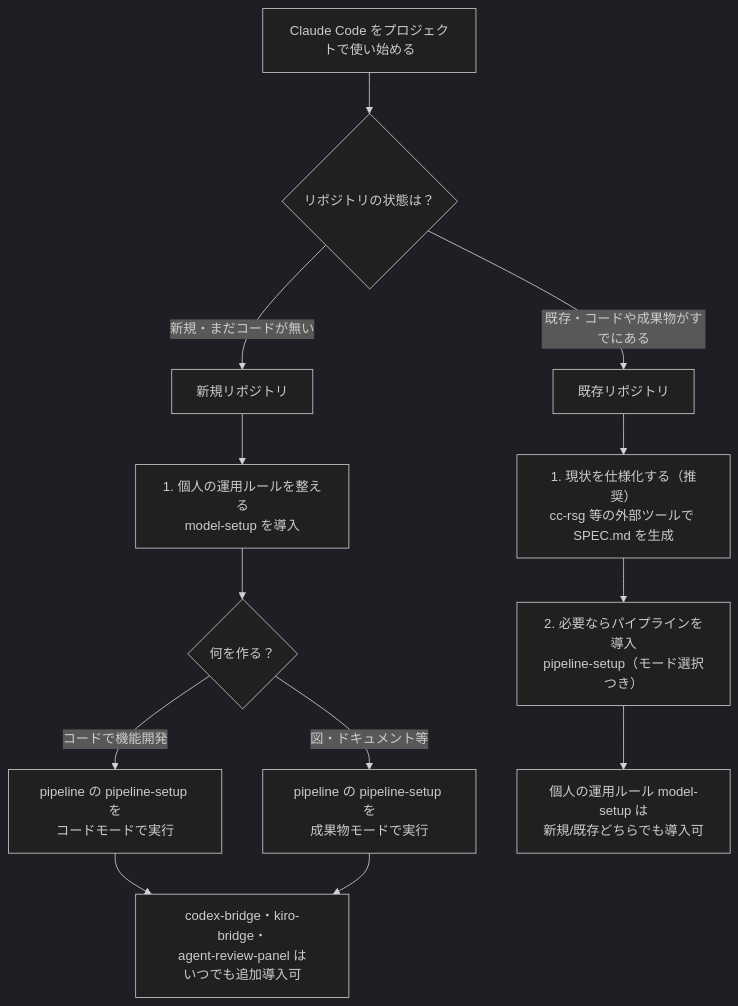
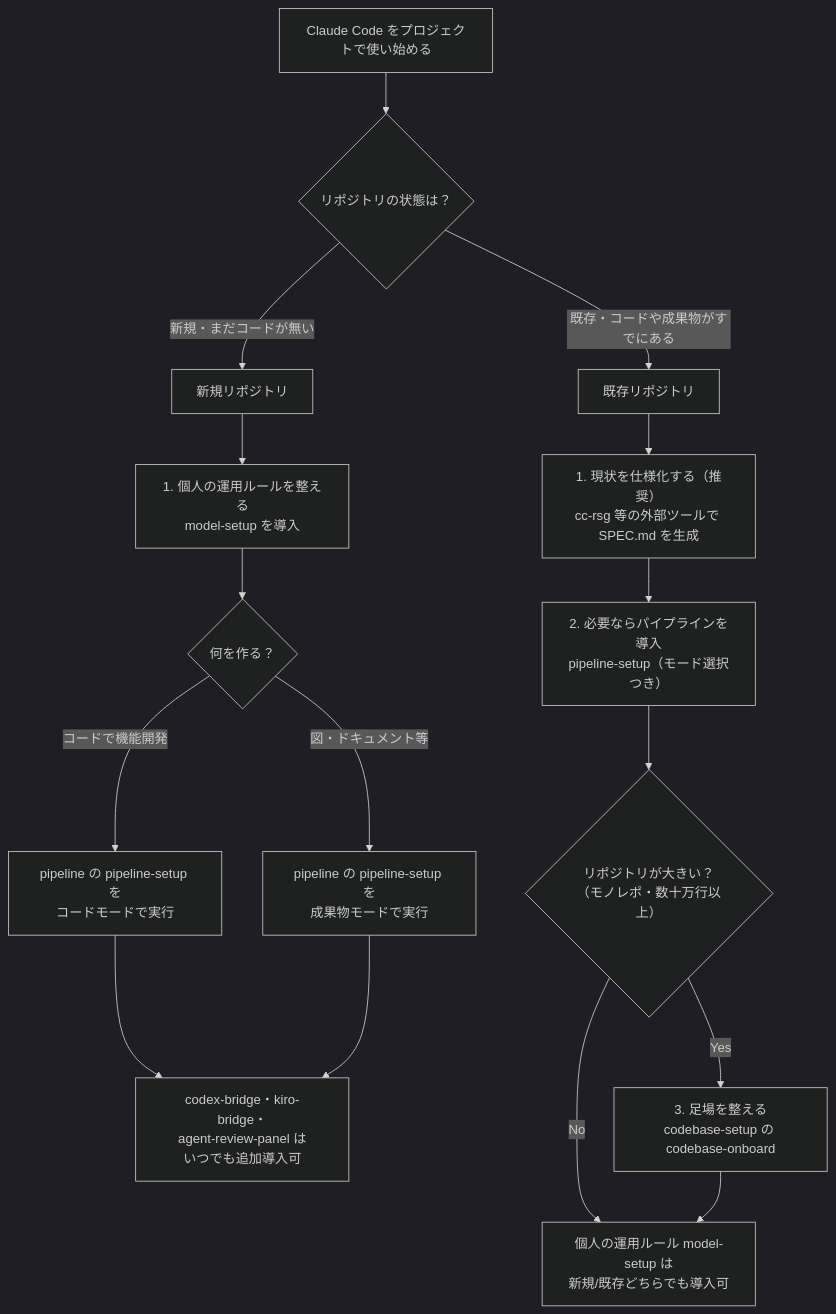
The first of 2 diagrams in README.md (mrkxlia/claude-code-workbench-ja), drawn with Mermaid (dark theme) before and after one commit. The commit also changed other lines of this file and 13 other files, not shown here.

First line of the commit message:
codebase-setup プラグインを追加（大規模リポジトリ向けの足場・スキル3種＋エージェント2種）

````diff
--- a/README.md
+++ b/README.md
@@ -9,17 +9,20 @@
 ```mermaid
 flowchart TD
     Start["Claude Code をプロジェクトで使い始める"] --> Q{"リポジトリの状態は？"}
     Q -->|"新規・まだコードが無い"| New["新規リポジトリ"]
     Q -->|"既存・コードや成果物がすでにある"| Existing["既存リポジトリ"]
 
     New --> N1["1. 個人の運用ルールを整える<br/>model-setup を導入"]
     N1 --> N2{"何を作る？"}
     N2 -->|"コードで機能開発"| N3["pipeline の pipeline-setup を<br/>コードモードで実行"]
     N2 -->|"図・ドキュメント等"| N4["pipeline の pipeline-setup を<br/>成果物モードで実行"]
     N3 --> N6["codex-bridge・kiro-bridge・<br/>agent-review-panel は<br/>いつでも追加導入可"]
     N4 --> N6
 
     Existing --> E1["1. 現状を仕様化する（推奨）<br/>cc-rsg 等の外部ツールで SPEC.md を生成"]
     E1 --> E2["2. 必要ならパイプラインを導入<br/>pipeline-setup（モード選択つき）"]
-    E2 --> E3["個人の運用ルール model-setup は<br/>新規/既存どちらでも導入可"]
+    E2 --> E2b{"リポジトリが大きい？<br/>（モノレポ・数十万行以上）"}
+    E2b -->|"Yes"| E2c["3. 足場を整える<br/>codebase-setup の codebase-onboard"]
+    E2b -->|"No"| E3
+    E2c --> E3["個人の運用ルール model-setup は<br/>新規/既存どちらでも導入可"]
 ```
````
